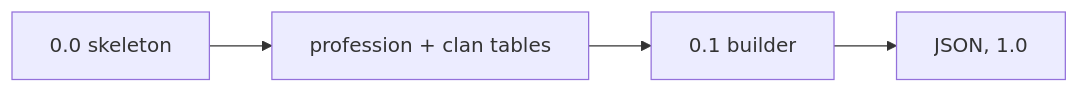
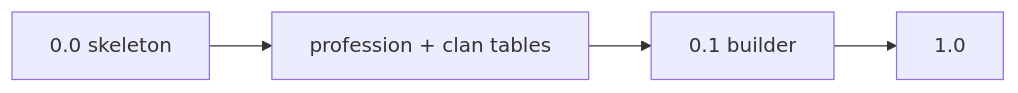
Before and after one commit to RossSim/archetypes: the diagram in docs/ROADMAP.md, drawn with Mermaid. The commit also changed other lines of this file and 31 other files, not shown here.

````diff
--- a/docs/ROADMAP.md
+++ b/docs/ROADMAP.md
@@ -13,6 +13,6 @@
 ```mermaid
 flowchart LR
   v00["0.0 skeleton"] --> catalogs["profession + clan tables"]
   catalogs --> v01["0.1 builder"]
-  v01 --> later["JSON, 1.0"]
+  v01 --> later["1.0"]
 ```
````
